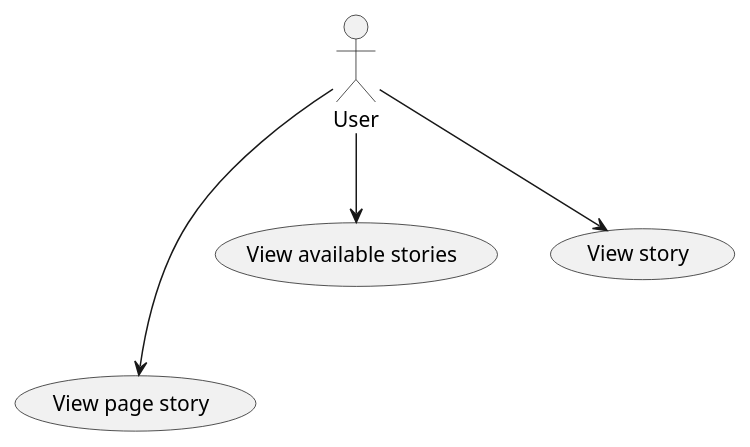
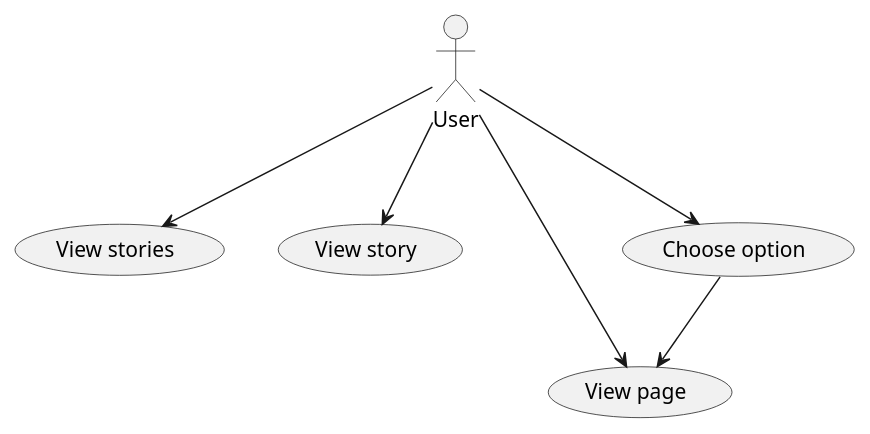
The diagram in doc/usecases.puml (jlsangom/elige-tu-propia-aventura-web), drawn with PlantUML before and after one commit. The commit also changed 19 other files, not shown here.

Commit message:
ViewStories use case tests + View Story use case

```diff
--- a/doc/usecases.puml
+++ b/doc/usecases.puml
@@ -1,10 +1,13 @@
 @startuml
-(View page story) as (Page)
-(View available stories) as (Stories)
+(View stories) as (Stories)
 (View story) as (Story)
+(View page) as (Page)
+(Choose option) as (Option)
 
 User --> (Stories)
+User --> (Option)
 User --> (Story)
-User ---> (Page)
+User --> (Page)
+(Option) --> (Page)
 
 @enduml
```
